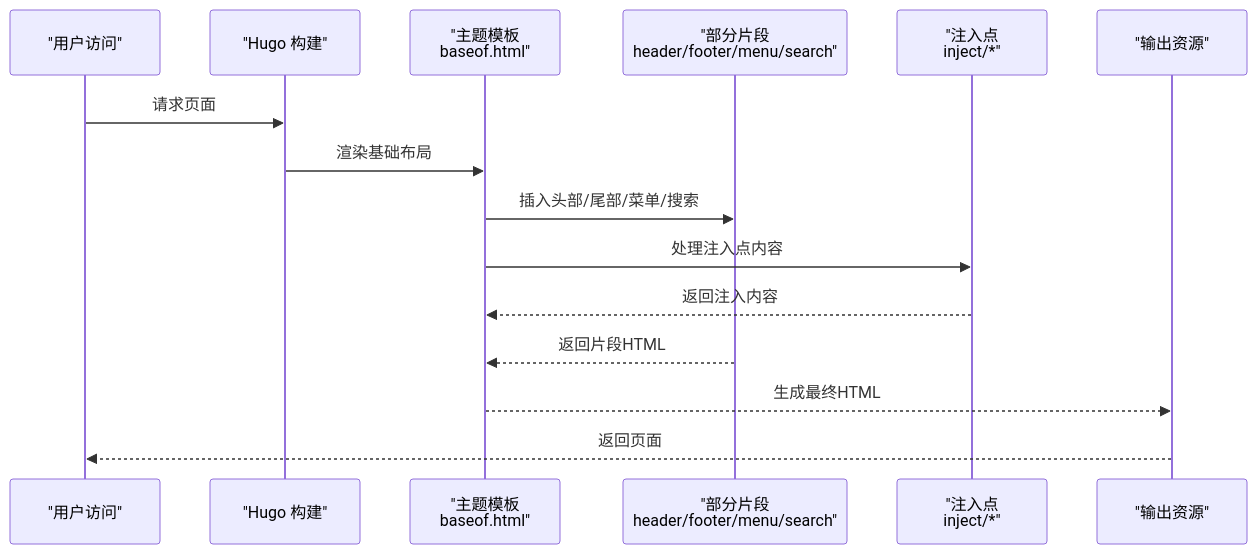
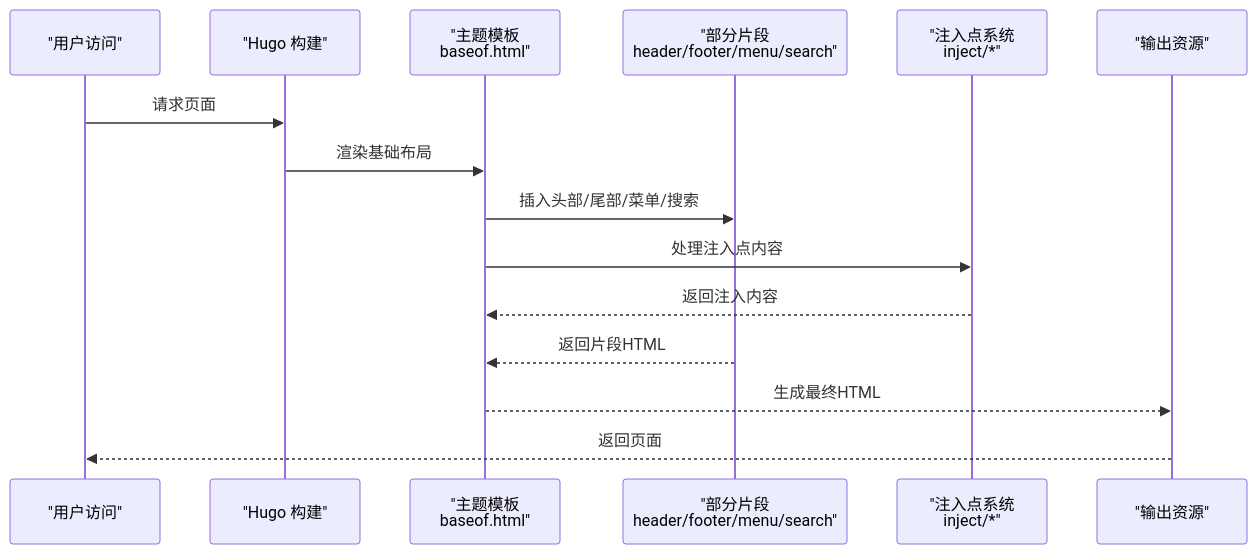
One commit to nianjiang/nianjiang.github.io changed the third of 10 diagrams in .qoder/repowiki/zh/content/主题定制/主题定制.md. Above: the diagram before and after it, drawn with Mermaid. The commit also changed other lines of this file and 176 other files, not shown here.

````diff
--- a/.qoder/repowiki/zh/content/主题定制/主题定制.md
+++ b/.qoder/repowiki/zh/content/主题定制/主题定制.md
@@ -225,17 +228,17 @@
 ```mermaid
 sequenceDiagram
 participant U as "用户访问"
 participant H as "Hugo 构建"
 participant T as "主题模板<br/>baseof.html"
 participant P as "部分片段<br/>header/footer/menu/search"
-participant I as "注入点<br/>inject/*"
+participant I as "注入点系统<br/>inject/*"
 participant R as "输出资源"
 U->>H : 请求页面
 H->>T : 渲染基础布局
 T->>P : 插入头部/尾部/菜单/搜索
 T->>I : 处理注入点内容
 I-->>T : 返回注入内容
 P-->>T : 返回片段HTML
 T-->>R : 生成最终HTML
 R-->>U : 返回页面
 ```
````
